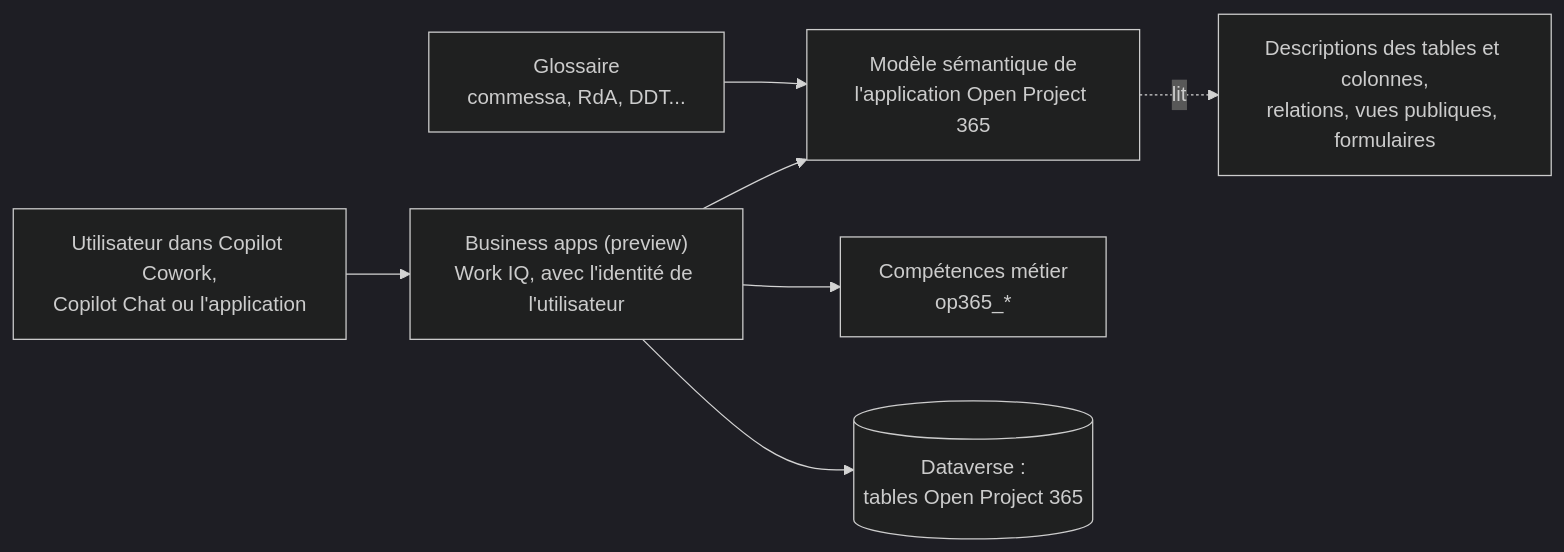
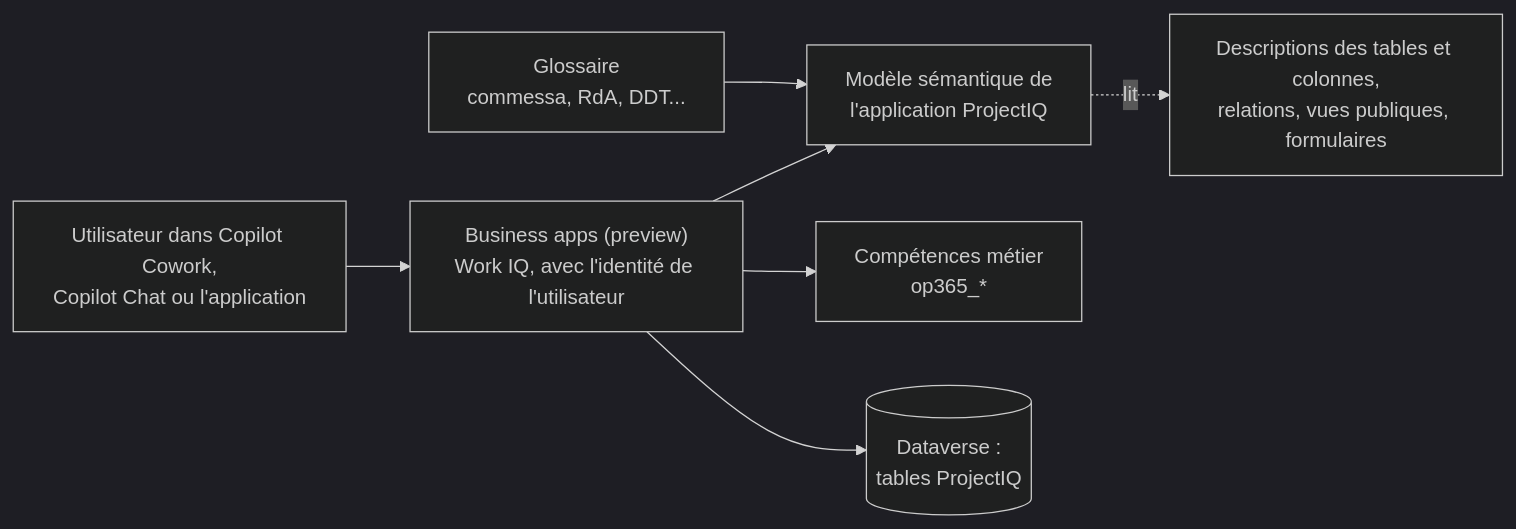
The first of 2 diagrams in docs/fr/copilot.md (Power-Builders-Italia/ProjectIQ), drawn with Mermaid (dark theme) before and after one commit. The commit also changed other lines of this file and 84 other files, not shown here.

First line of the commit message:
Rebrand product from Open Project 365 to ProjectIQ (#52)

````diff
--- a/docs/fr/copilot.md
+++ b/docs/fr/copilot.md
@@ -14,9 +14,9 @@
 ```mermaid
 flowchart LR
     U[Utilisateur dans Copilot Cowork,<br/>Copilot Chat ou l'application] --> W["Business apps (preview)<br/>Work IQ, avec l'identité de l'utilisateur"]
-    W --> SM[Modèle sémantique de<br/>l'application Open Project 365]
+    W --> SM[Modèle sémantique de<br/>l'application ProjectIQ]
     W --> BS[Compétences métier<br/>op365_*]
-    W --> D[(Dataverse :<br/>tables Open Project 365)]
+    W --> D[(Dataverse :<br/>tables ProjectIQ)]
     SM -. lit .-> M[Descriptions des tables et colonnes,<br/>relations, vues publiques, formulaires]
     G[Glossaire<br/>commessa, RdA, DDT...] --> SM
 ```
````
